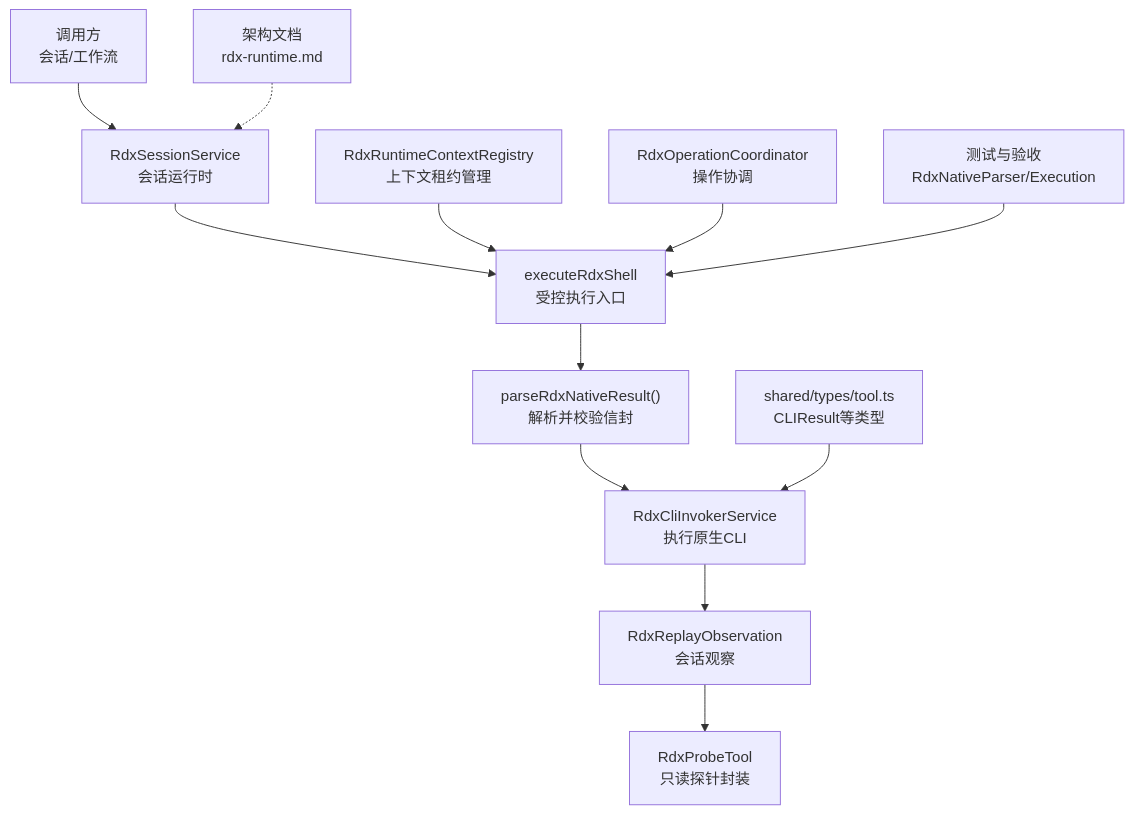
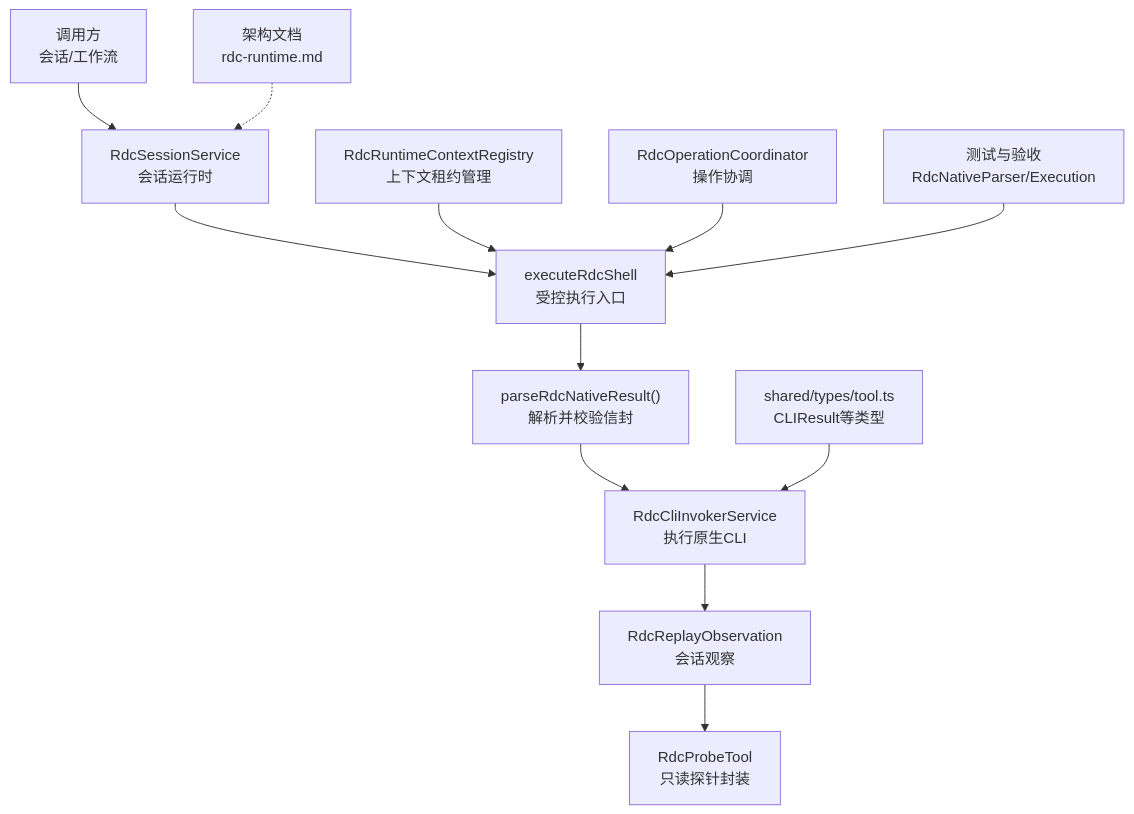
Before and after one commit to haolange/RDC-Agent: the first of 5 diagrams in .qoder/repowiki/zh/content/架构设计/核心组件设计/CLI调用器设计/原生协议定义.md, drawn with Mermaid. The commit also changed other lines of this file and 557 other files, not shown here.

First line of the commit message:
Unify RDC-Agent identity and canonical RDC-Tool integration

````diff
--- a/.qoder/repowiki/zh/content/架构设计/核心组件设计/CLI调用器设计/原生协议定义.md
+++ b/.qoder/repowiki/zh/content/架构设计/核心组件设计/CLI调用器设计/原生协议定义.md
@@ -63,14 +63,14 @@
 ```mermaid
 graph TB
-A["调用方<br/>会话/工作流"] --> B["RdxSessionService<br/>会话运行时"]
-B --> C["executeRdxShell<br/>受控执行入口"]
-C --> D["parseRdxNativeResult()<br/>解析并校验信封"]
-D --> E["RdxCliInvokerService<br/>执行原生CLI"]
-E --> F["RdxReplayObservation<br/>会话观察"]
-F --> G["RdxProbeTool<br/>只读探针封装"]
+A["调用方<br/>会话/工作流"] --> B["RdcSessionService<br/>会话运行时"]
+B --> C["executeRdcShell<br/>受控执行入口"]
+C --> D["parseRdcNativeResult()<br/>解析并校验信封"]
+D --> E["RdcCliInvokerService<br/>执行原生CLI"]
+E --> F["RdcReplayObservation<br/>会话观察"]
+F --> G["RdcProbeTool<br/>只读探针封装"]
 H["shared/types/tool.ts<br/>CLIResult等类型"] --> E
-I["RdxRuntimeContextRegistry<br/>上下文租约管理"] --> C
-J["RdxOperationCoordinator<br/>操作协调"] --> C
-K["测试与验收<br/>RdxNativeParser/Execution"] --> C
-L["架构文档<br/>rdx-runtime.md"] -.-> B
+I["RdcRuntimeContextRegistry<br/>上下文租约管理"] --> C
+J["RdcOperationCoordinator<br/>操作协调"] --> C
+K["测试与验收<br/>RdcNativeParser/Execution"] --> C
+L["架构文档<br/>rdc-runtime.md"] -.-> B
 ```
````
